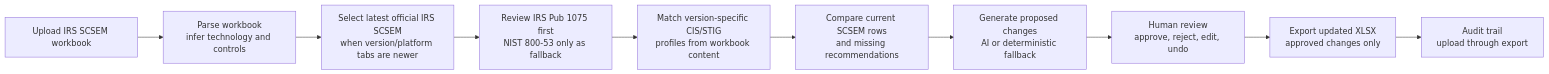
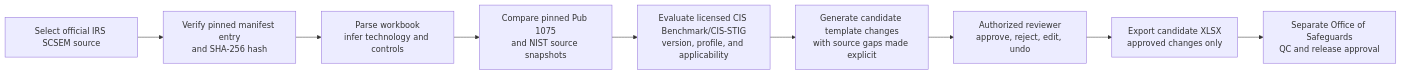
One commit to skysolutionsus/skyshield-healthcare changed the second of 2 diagrams in README.md. Above: the diagram before and after it, drawn with Mermaid. The commit also changed other lines of this file and 242 other files, not shown here.

````diff
--- a/README.md
+++ b/README.md
@@ -60,12 +63,11 @@
 ```mermaid
 flowchart LR
-  Upload["Upload IRS SCSEM workbook"] --> Parse["Parse workbook\ninfer technology and controls"]
-  Parse --> Official["Select latest official IRS SCSEM\nwhen version/platform tabs are newer"]
-  Official --> Compliance["Review IRS Pub 1075 first\nNIST 800-53 only as fallback"]
-  Compliance --> Match["Match version-specific CIS/STIG\nprofiles from workbook content"]
-  Match --> Compare["Compare current SCSEM rows\nand missing recommendations"]
-  Compare --> Propose["Generate proposed changes\nAI or deterministic fallback"]
-  Propose --> Review["Human review\napprove, reject, edit, undo"]
-  Review --> Export["Export updated XLSX\napproved changes only"]
-  Export --> Audit["Audit trail\nupload through export"]
+  Upload["Select official IRS SCSEM source"] --> Pin["Verify pinned manifest entry\nand SHA-256 hash"]
+  Pin --> Parse["Parse workbook\ninfer technology and controls"]
+  Parse --> Standards["Compare pinned Pub 1075\nand NIST source snapshots"]
+  Standards --> Match["Evaluate licensed CIS Benchmark/CIS-STIG\nversion, profile, and applicability"]
+  Match --> Propose["Generate candidate template changes\nwith source gaps made explicit"]
+  Propose --> Review["Authorized reviewer\napprove, reject, edit, undo"]
+  Review --> Export["Export candidate XLSX\napproved changes only"]
+  Export --> Release["Separate Office of Safeguards\nQC and release approval"]
 ```
````
